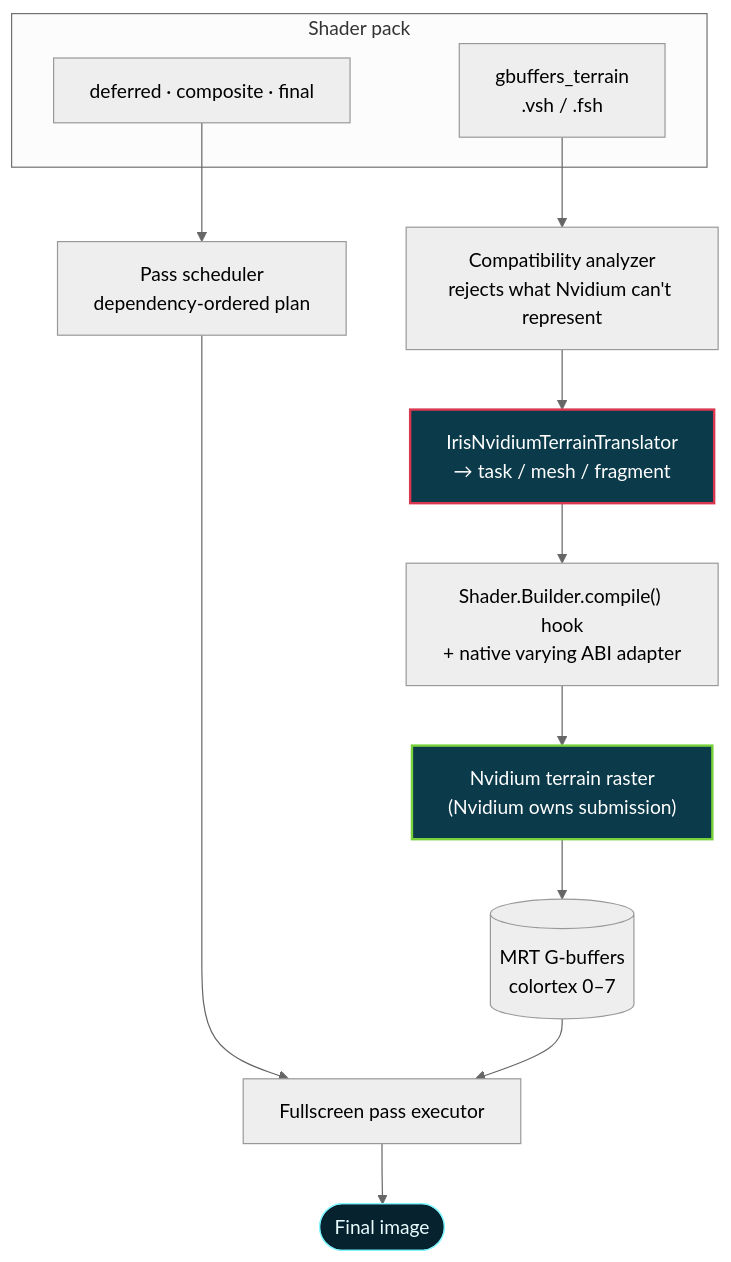
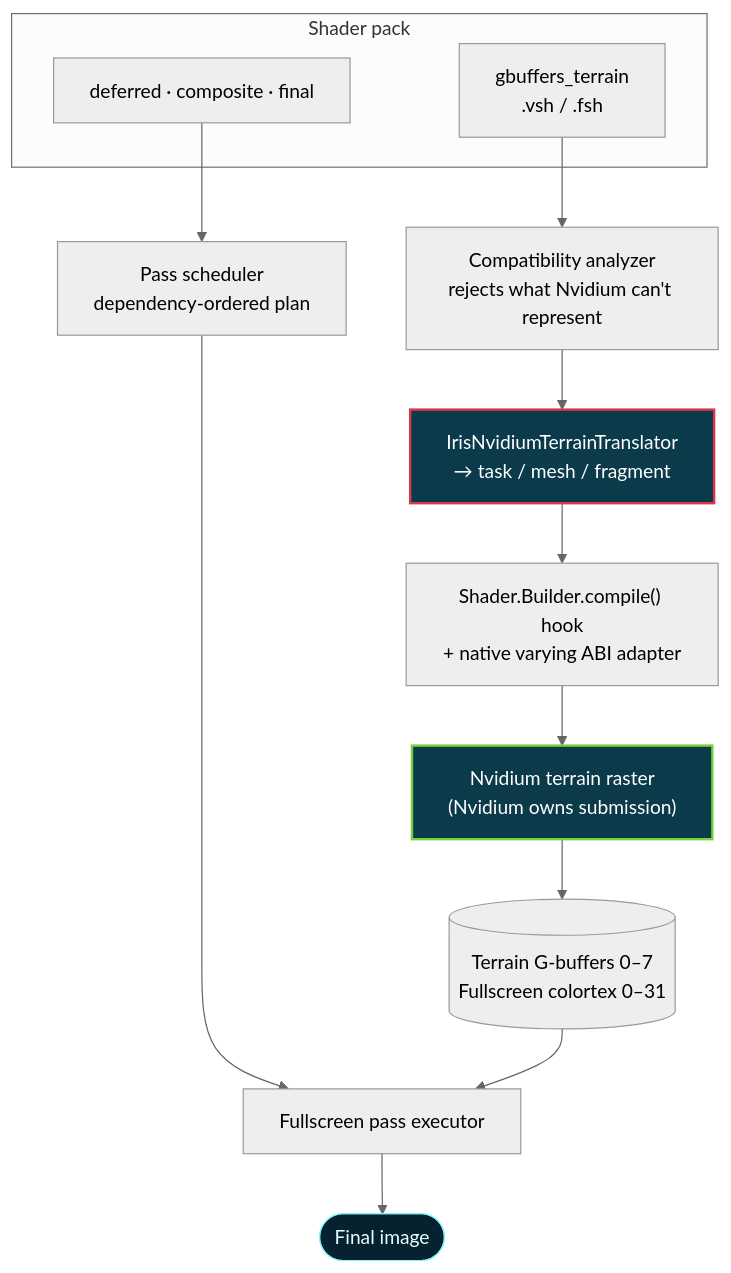
Before and after one commit to ItsDropper/CAUSTIQ: the diagram in README.md, drawn with Mermaid (neutral theme). The commit also changed other lines of this file and 16 other files, not shown here.

````diff
--- a/README.md
+++ b/README.md
@@ -57,21 +57,21 @@
 ```mermaid
 flowchart TB
     subgraph PACK["Shader pack"]
         P1["gbuffers_terrain<br/>.vsh / .fsh"]
         P2["deferred · composite · final"]
     end
 
     P1 --> AN["Compatibility analyzer<br/>rejects what Nvidium can't represent"]
     AN --> TR["IrisNvidiumTerrainTranslator<br/>→ task / mesh / fragment"]
     TR --> HK["Shader.Builder.compile() hook<br/>+ native varying ABI adapter"]
     HK --> NV["Nvidium terrain raster<br/>(Nvidium owns submission)"]
-    NV --> GB[("MRT G-buffers<br/>colortex 0–7")]
+    NV --> GB[("Terrain G-buffers 0–7<br/>Fullscreen colortex 0–31")]
     P2 --> SC["Pass scheduler<br/>dependency-ordered plan"]
     SC --> EX["Fullscreen pass executor"]
     GB --> EX
     EX --> OUT(["Final image"])
 
     style NV fill:#0b3a4a,stroke:#76D13A,stroke-width:2px,color:#ffffff
     style TR fill:#0b3a4a,stroke:#D9364F,stroke-width:2px,color:#ffffff
     style OUT fill:#06222f,stroke:#7ff6ff,color:#e9fdff
 ```
````
